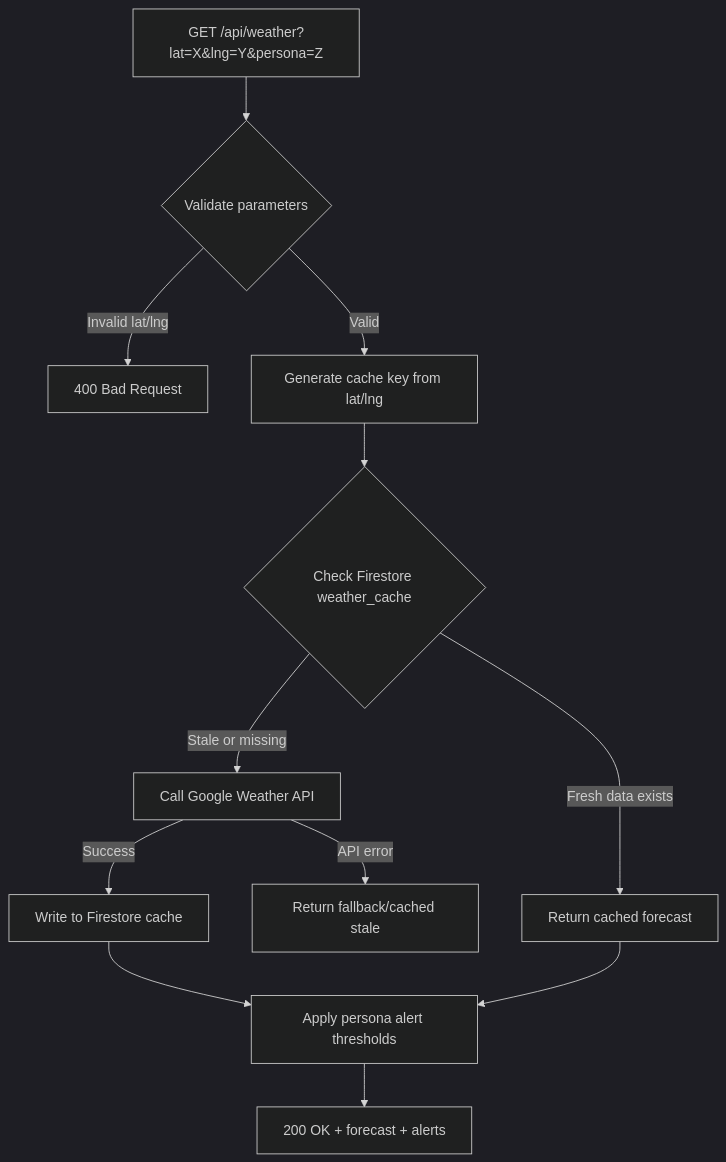
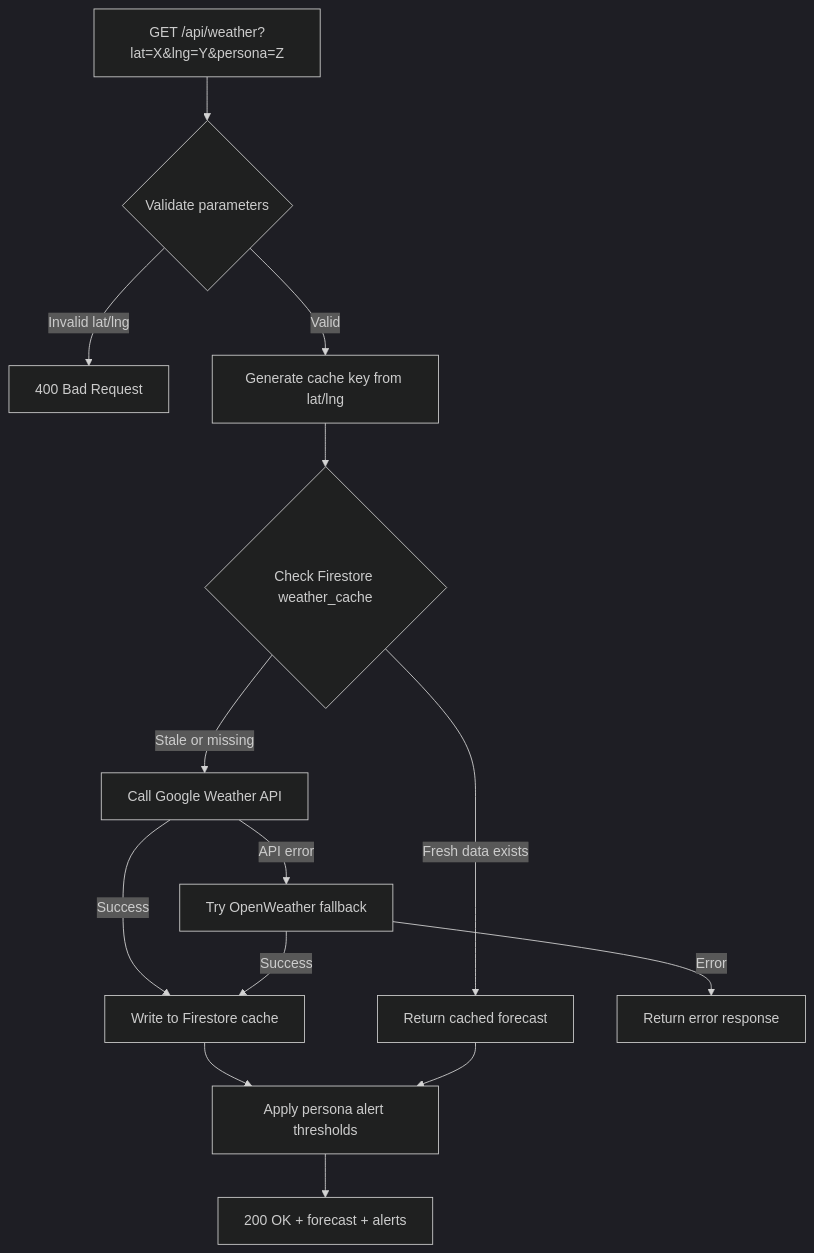
One commit to Oweeboi011/Fit-Ready-IQ changed the sixth of 10 diagrams in docs/wiki/API.md. Above: the diagram before and after it, drawn with Mermaid (dark theme). The commit also changed other lines of this file and 17 other files, not shown here.

First line of the commit message:
ci: simplify to trunk-based flow and fix review bugs

````diff
--- a/docs/wiki/API.md
+++ b/docs/wiki/API.md
@@ -303,14 +317,16 @@
 ```mermaid
 flowchart TD
     A["GET /api/weather?lat=X&lng=Y&persona=Z"] --> B{Validate parameters}
     B -->|Invalid lat/lng| C["400 Bad Request"]
     B -->|Valid| D["Generate cache key from lat/lng"]
     D --> E{Check Firestore weather_cache}
     E -->|Fresh data exists| F["Return cached forecast"]
     E -->|Stale or missing| G["Call Google Weather API"]
-    G -->|API error| H["Return fallback/cached stale"]
+    G -->|API error| H["Try OpenWeather fallback"]
     G -->|Success| I["Write to Firestore cache"]
-    I --> J["Apply persona alert thresholds"]
-    J --> K["200 OK + forecast + alerts"]
-    F --> J
+    H -->|Success| I
+    H -->|Error| J["Return error response"]
+    I --> K["Apply persona alert thresholds"]
+    K --> L["200 OK + forecast + alerts"]
+    F --> K
 ```
````
